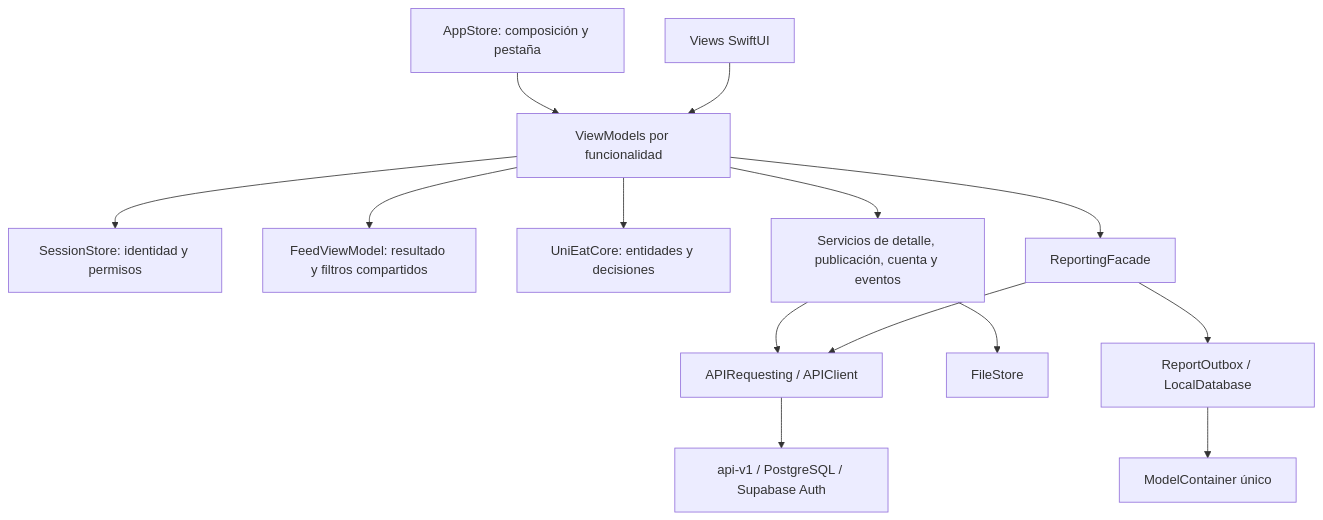
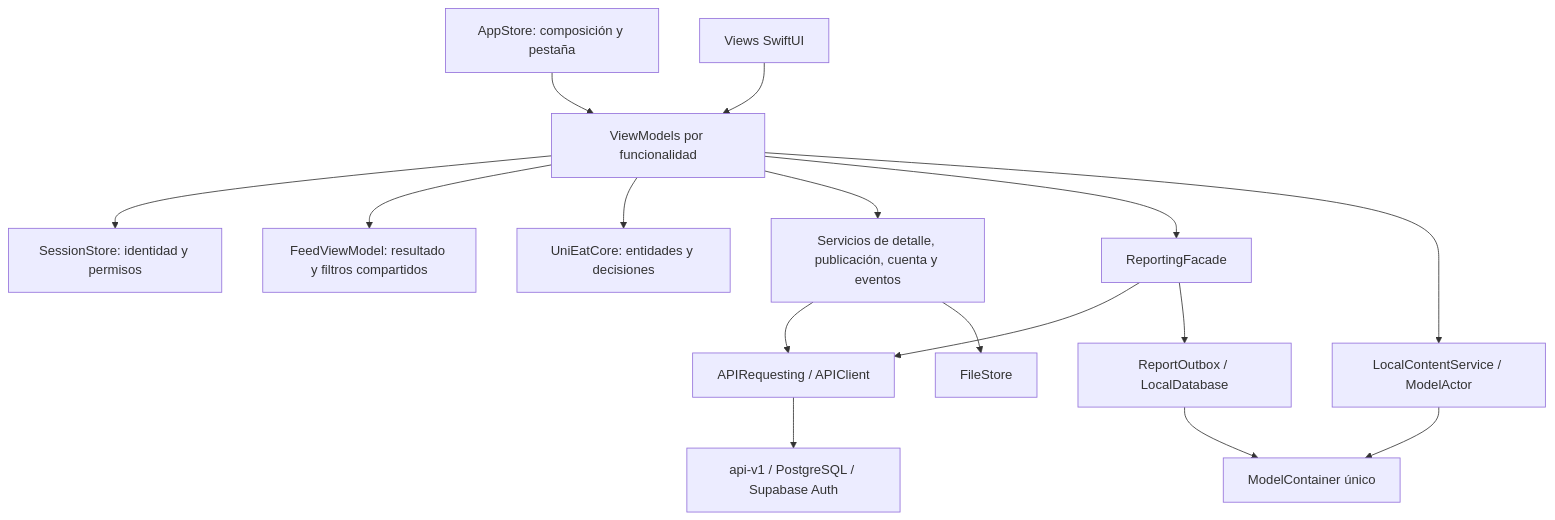
One commit to k-alvarezr/UniEat---iOS changed the diagram in docs/architecture.md. Above: the diagram before and after it, drawn with Mermaid. The commit also changed other lines of this file and 35 other files, not shown here.

````diff
--- a/docs/architecture.md
+++ b/docs/architecture.md
@@ -10,16 +10,18 @@
 ```mermaid
 flowchart TD
     Root[AppStore: composición y pestaña] --> VM[ViewModels por funcionalidad]
     V[Views SwiftUI] --> VM
     VM --> Session[SessionStore: identidad y permisos]
     VM --> Feed[FeedViewModel: resultado y filtros compartidos]
     VM --> Domain[UniEatCore: entidades y decisiones]
     VM --> Services[Servicios de detalle, publicación, cuenta y eventos]
     VM --> Facade[ReportingFacade]
     Services --> API[APIRequesting / APIClient]
     Services --> Files[FileStore]
+    VM --> Content[LocalContentService / ModelActor]
+    Content --> SwiftData
     Facade --> API
     Facade --> DB[ReportOutbox / LocalDatabase]
     DB --> SwiftData[ModelContainer único]
     API --> Back[api-v1 / PostgreSQL / Supabase Auth]
 ```
````
